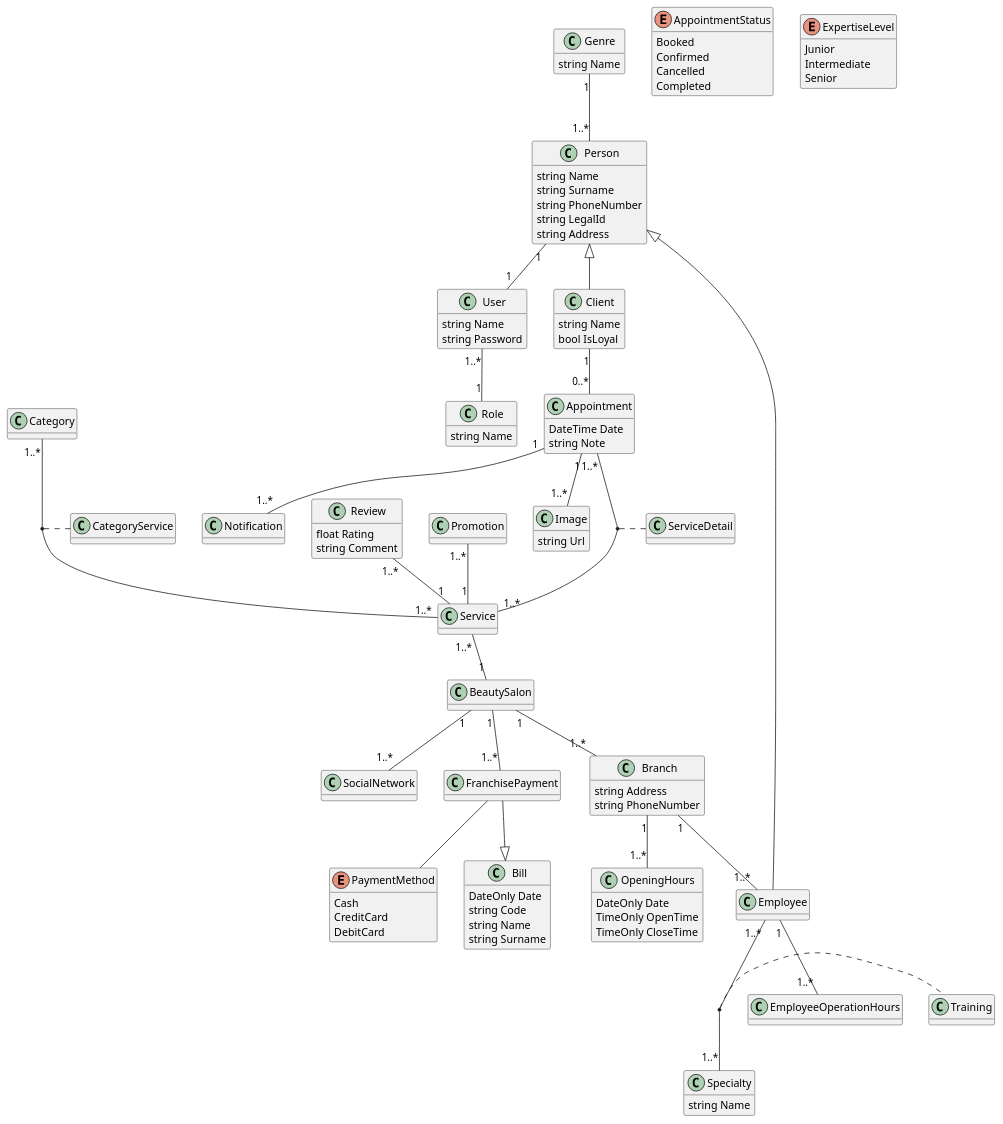
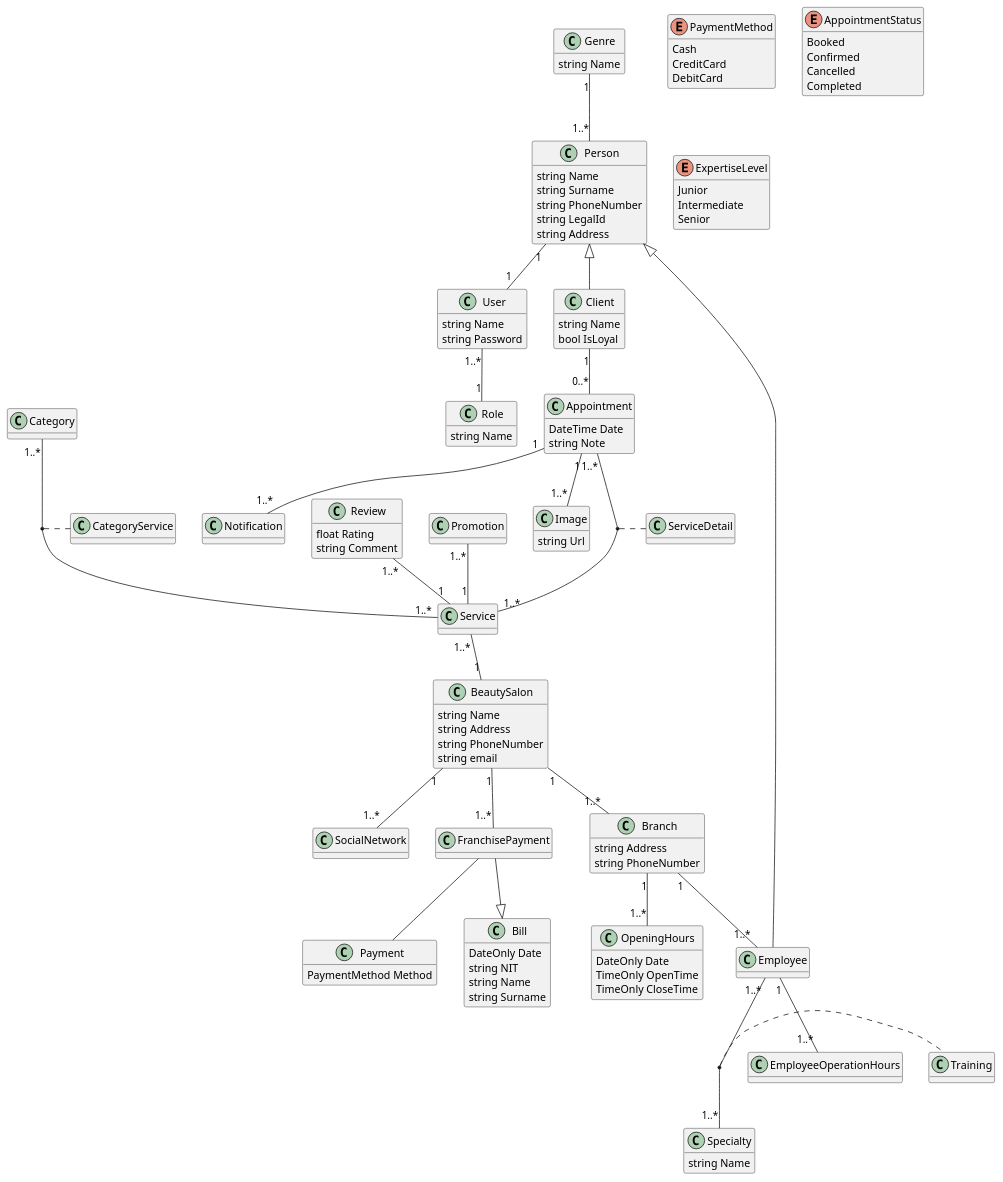
One commit to jassielof/beauty-salon changed the diagram in docs/diagrams/class.puml. Above: the diagram before and after it, drawn with PlantUML. The commit also changed 9 other files, not shown here.

Commit message:
Add documentation files and UML diagrams for BeautyCenter project

```diff
--- a/docs/diagrams/class.puml
+++ b/docs/diagrams/class.puml
@@ -1,163 +1,175 @@
 @startuml class
 
 ' !pragma layout smetana
 ' left to right direction
 
 ' skinparam linetype polyline
 ' skinparam linetype ortho
 ' skinparam groupInheritance 2
 
+hide methods
 
 enum PaymentMethod {
   Cash
   CreditCard
   DebitCard
 }
+
+class Payment {
+  PaymentMethod Method
+}
+
+class Image {
+  string Url
+}
+
 
 enum AppointmentStatus {
   Booked
   Confirmed
   Cancelled
   Completed
 }
 
 enum ExpertiseLevel {
   Junior
   Intermediate
   Senior
 }
 
 class Client {
   string Name
 }
 
-class Image {
-  string Url
-}
-
 class Person {
   string Name
   string Surname
   string PhoneNumber
   string LegalId
   string Address
 }
 
 class Genre {
   string Name
 }
 
 class Client {
   bool IsLoyal
 }
 
-Person <|-- Client
-
 class User {
   string Name
   string Password
 }
 
 class Role {
   string Name
 }
+
+Person <|-- Client
 
 class Review {
   float Rating
   string Comment
 }
 
 Review "1..*" -- "1" Service
 
 class Promotion {
 
 }
+
+
 
 Promotion "1..*" -- "1" Service
 
 class Category
 
 Category "1..*" -- "1..*" Service
 
 class CategoryService
 
 (Category, Service) .. CategoryService
 
 class OpeningHours {
   DateOnly Date
   TimeOnly OpenTime
   TimeOnly CloseTime
 }
 
 class Appointment {
   DateTime Date
   string Note
 }
 
 Appointment "1..*" -- "1..*" Service
 
 class ServiceDetail
 
 (Appointment, Service) .. ServiceDetail
 
 class Notification {
 
 }
 
-class BeautySalon
+class BeautySalon {
+  string Name
+  string Address
+  string PhoneNumber
+  string email
+}
 
 class Branch {
   string Address
   string PhoneNumber
 }
 
 class Employee
 
 class SocialNetwork
 
 class FranchisePayment
 
 class EmployeeOperationHours
 
 
 Client "1" -- "0..*" Appointment
 Genre "1" -- "1..*" Person
 Person "1" -- "1" User
 User "1..*" -- "1" Role
 Person <|-- Employee
 Branch "1" -- "1..*" Employee
 Branch "1" -- "1..*" OpeningHours
 Service "1..*" -- "1" BeautySalon
 BeautySalon "1" -- "1..*" SocialNetwork
 BeautySalon "1" -- "1..*" FranchisePayment
-FranchisePayment -- PaymentMethod
+FranchisePayment -- Payment
 
 class Bill {
   DateOnly Date
-  string Code
+  string NIT
   string Name
   string Surname
 }
 
 FranchisePayment --|> Bill
 BeautySalon "1" -- "1..*" Branch
 Employee "1"-- "1..*" EmployeeOperationHours
 
 class Specialty {
   string Name
 }
 
 class Training {
 
 }
 
 Employee "1..*" -- "1..*" Specialty
 (Employee, Specialty) .. Training
 
 Appointment "1" -- "1..*" Notification
 Appointment "1" -- "1..*" Image
 
-hide methods
 
 
 @enduml
```
